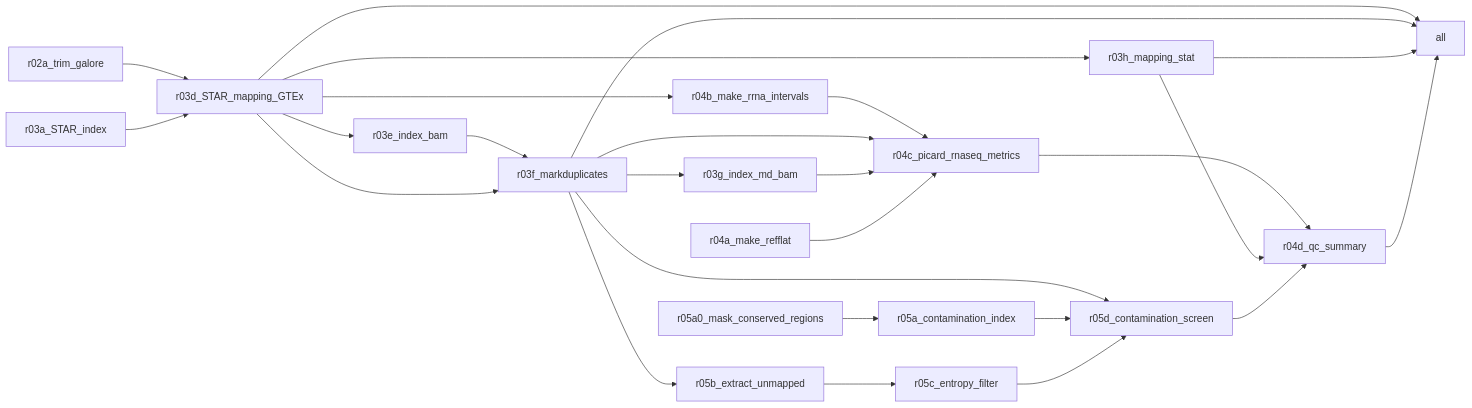
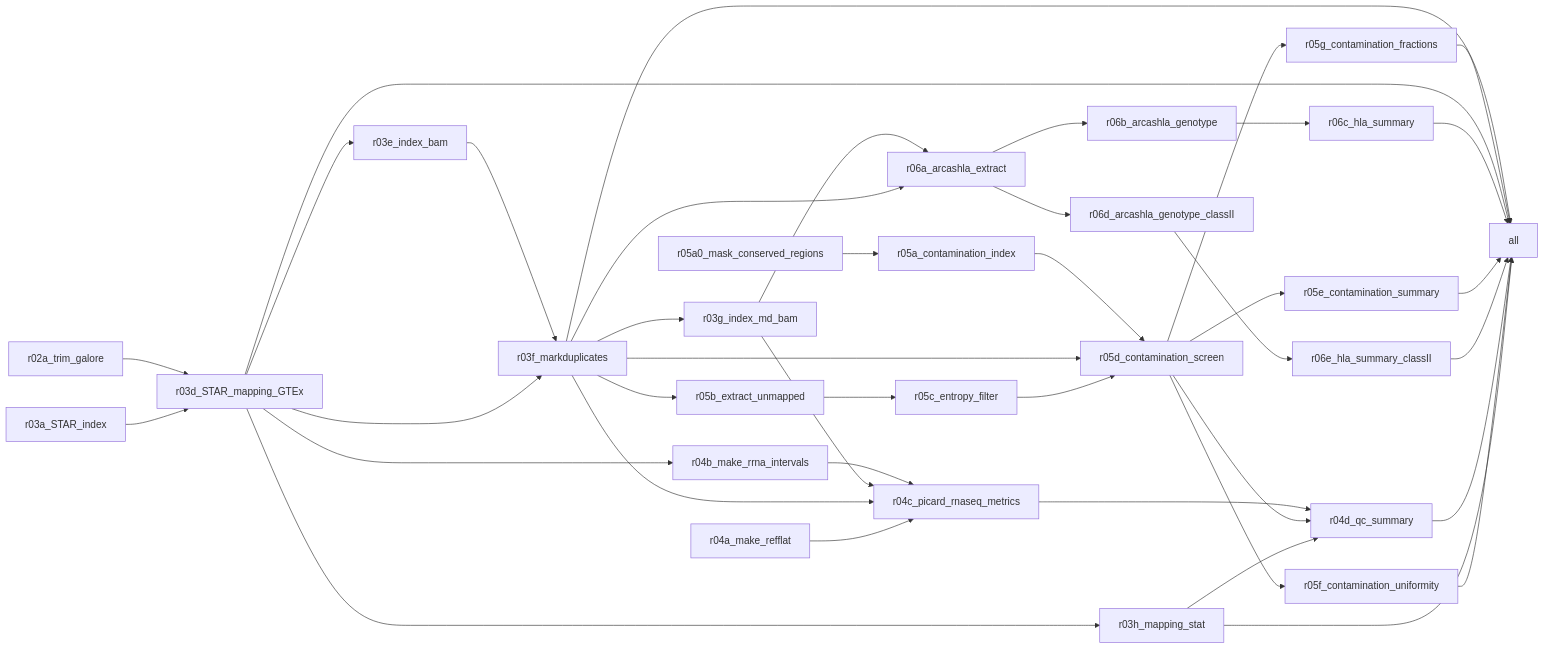
Before and after one commit to nikolayquadrat/lpb-ex-ome-presession: the second of 2 diagrams in README.md, drawn with Mermaid. The commit also changed other lines of this file, not shown here.

````diff
--- a/README.md
+++ b/README.md
@@ -228,45 +224,67 @@
 ```mermaid
 flowchart LR
 	id0[all]
 	id1[r03f_markduplicates]
 	id2[r03d_STAR_mapping_GTEx]
 	id3[r02a_trim_galore]
 	id4[r03a_STAR_index]
 	id5[r03e_index_bam]
 	id6[r03h_mapping_stat]
 	id7[r04d_qc_summary]
 	id8[r04c_picard_rnaseq_metrics]
 	id9[r03g_index_md_bam]
 	id10[r04a_make_refflat]
 	id11[r04b_make_rrna_intervals]
 	id12[r05d_contamination_screen]
 	id13[r05c_entropy_filter]
 	id14[r05b_extract_unmapped]
 	id15[r05a_contamination_index]
 	id16[r05a0_mask_conserved_regions]
+	id17[r05e_contamination_summary]
+	id18[r05f_contamination_uniformity]
+	id19[r05g_contamination_fractions]
+	id20[r06c_hla_summary]
+	id21[r06b_arcashla_genotype]
+	id22[r06a_arcashla_extract]
+	id23[r06e_hla_summary_classII]
+	id24[r06d_arcashla_genotype_classII]
+	id1 --> id0
+	id19 --> id0
 	id2 --> id0
-	id1 --> id0
+	id20 --> id0
+	id17 --> id0
+	id23 --> id0
+	id7 --> id0
+	id18 --> id0
 	id6 --> id0
-	id7 --> id0
 	id5 --> id1
 	id2 --> id1
 	id3 --> id2
 	id4 --> id2
 	id2 --> id5
 	id2 --> id6
 	id8 --> id7
+	id12 --> id7
 	id6 --> id7
-	id12 --> id7
 	id11 --> id8
+	id9 --> id8
 	id1 --> id8
-	id9 --> id8
 	id10 --> id8
 	id1 --> id9
 	id2 --> id11
+	id15 --> id12
 	id1 --> id12
-	id15 --> id12
 	id13 --> id12
 	id14 --> id13
 	id1 --> id14
 	id16 --> id15
+	id12 --> id17
+	id12 --> id18
+	id12 --> id19
+	id21 --> id20
+	id22 --> id21
+	id9 --> id22
+	id1 --> id22
+	id24 --> id23
+	id22 --> id24
 ```
````
